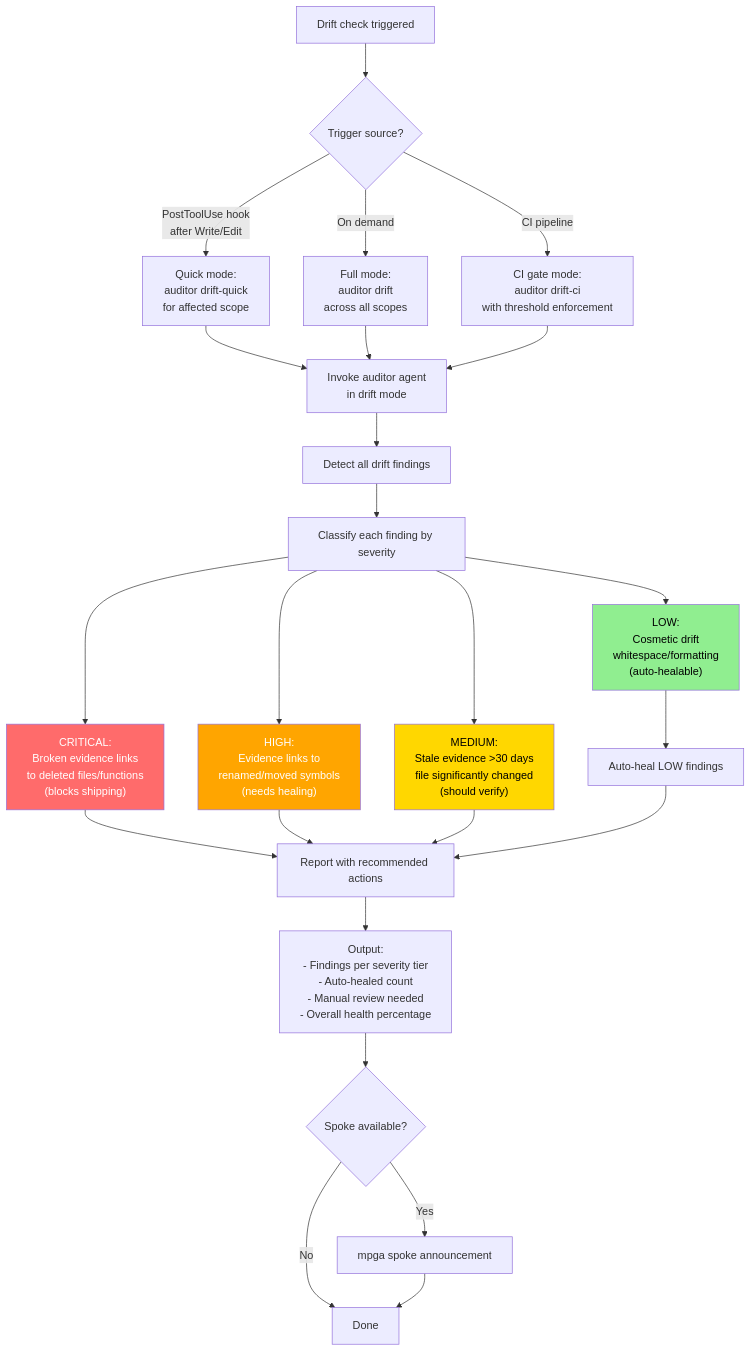
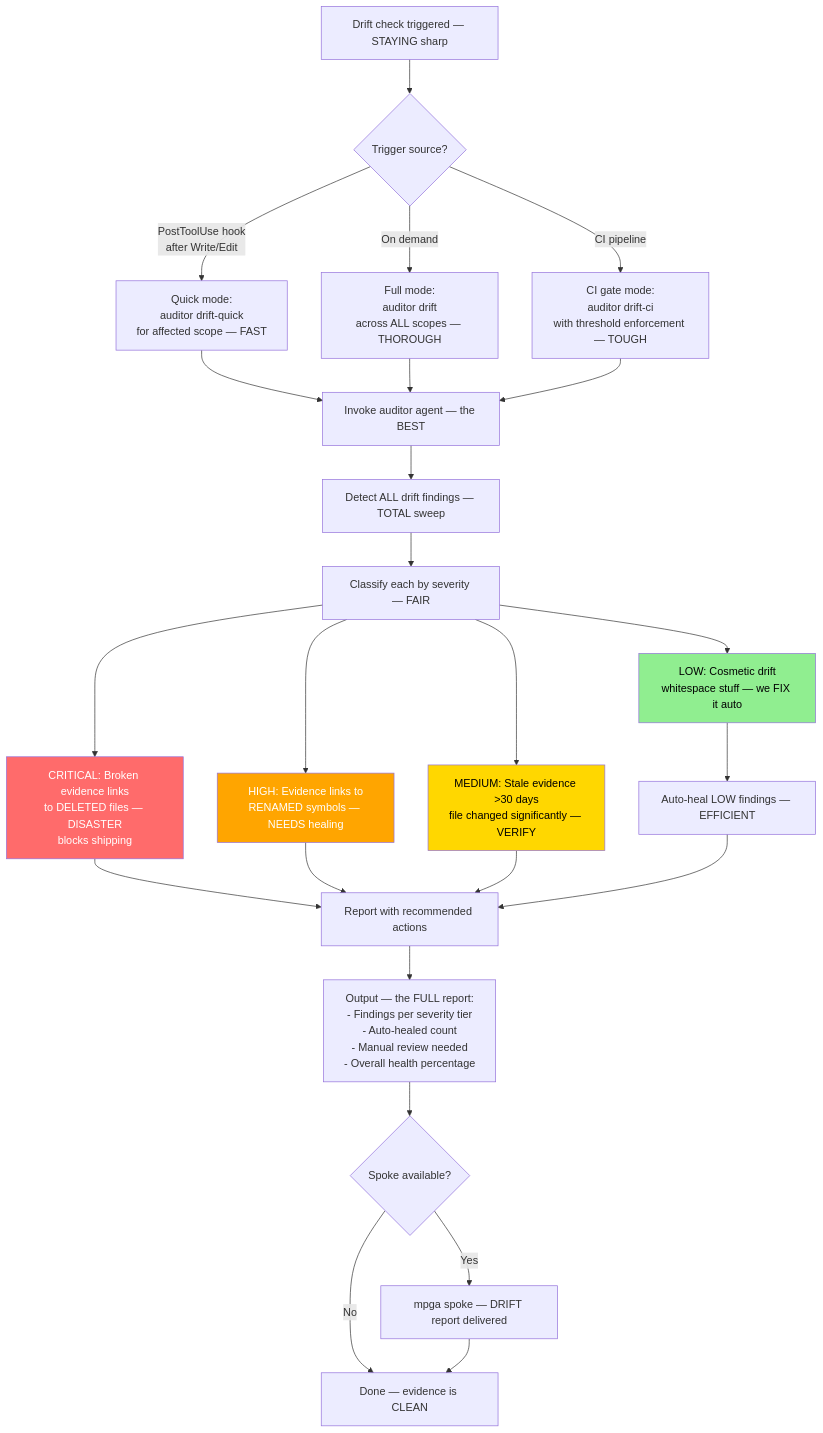
The diagram in docs/diagrams/skills/drift-check.md (benrben/MPGA), drawn with Mermaid before and after one commit. The commit also changed other lines of this file and 28 other files, not shown here.

First line of the commit message:
style: Trumpify all workflow diagrams — TREMENDOUS Mermaid charts

````diff
--- a/docs/diagrams/skills/drift-check.md
+++ b/docs/diagrams/skills/drift-check.md
@@ -5,37 +5,37 @@
 ```mermaid
 flowchart TD
-    A[Drift check triggered] --> B{Trigger source?}
-    B -->|PostToolUse hook\nafter Write/Edit| C[Quick mode:\nauditor drift-quick\nfor affected scope]
-    B -->|On demand| D[Full mode:\nauditor drift\nacross all scopes]
-    B -->|CI pipeline| E[CI gate mode:\nauditor drift-ci\nwith threshold enforcement]
+    A[Drift check triggered — STAYING sharp] --> B{Trigger source?}
+    B -->|PostToolUse hook\nafter Write/Edit| C[Quick mode:\nauditor drift-quick\nfor affected scope — FAST]
+    B -->|On demand| D[Full mode:\nauditor drift\nacross ALL scopes — THOROUGH]
+    B -->|CI pipeline| E[CI gate mode:\nauditor drift-ci\nwith threshold enforcement — TOUGH]
 
-    C --> F[Invoke auditor agent\nin drift mode]
+    C --> F[Invoke auditor agent — the BEST]
     D --> F
     E --> F
 
-    F --> G[Detect all drift findings]
-    G --> H[Classify each finding by severity]
+    F --> G[Detect ALL drift findings — TOTAL sweep]
+    G --> H[Classify each by severity — FAIR]
 
-    H --> I["CRITICAL:\nBroken evidence links\nto deleted files/functions\n(blocks shipping)"]
-    H --> J["HIGH:\nEvidence links to\nrenamed/moved symbols\n(needs healing)"]
-    H --> K["MEDIUM:\nStale evidence >30 days\nfile significantly changed\n(should verify)"]
-    H --> L["LOW:\nCosmetic drift\nwhitespace/formatting\n(auto-healable)"]
+    H --> I["CRITICAL: Broken evidence links\nto DELETED files — DISASTER\nblocks shipping"]
+    H --> J["HIGH: Evidence links to\nRENAMED symbols — NEEDS healing"]
+    H --> K["MEDIUM: Stale evidence >30 days\nfile changed significantly — VERIFY"]
+    H --> L["LOW: Cosmetic drift\nwhitespace stuff — we FIX it auto"]
 
-    L --> M[Auto-heal LOW findings]
+    L --> M[Auto-heal LOW findings — EFFICIENT]
     I --> N[Report with recommended actions]
     J --> N
     K --> N
     M --> N
 
-    N --> O["Output:\n- Findings per severity tier\n- Auto-healed count\n- Manual review needed\n- Overall health percentage"]
+    N --> O["Output — the FULL report:\n- Findings per severity tier\n- Auto-healed count\n- Manual review needed\n- Overall health percentage"]
 
     O --> P{Spoke available?}
-    P -->|Yes| Q[mpga spoke announcement]
-    P -->|No| R[Done]
+    P -->|Yes| Q[mpga spoke — DRIFT report delivered]
+    P -->|No| R[Done — evidence is CLEAN]
     Q --> R
 
     style I fill:#ff6b6b,color:#fff
     style J fill:#ffa500,color:#fff
     style K fill:#ffd700,color:#000
     style L fill:#90ee90,color:#000
 ```
````
